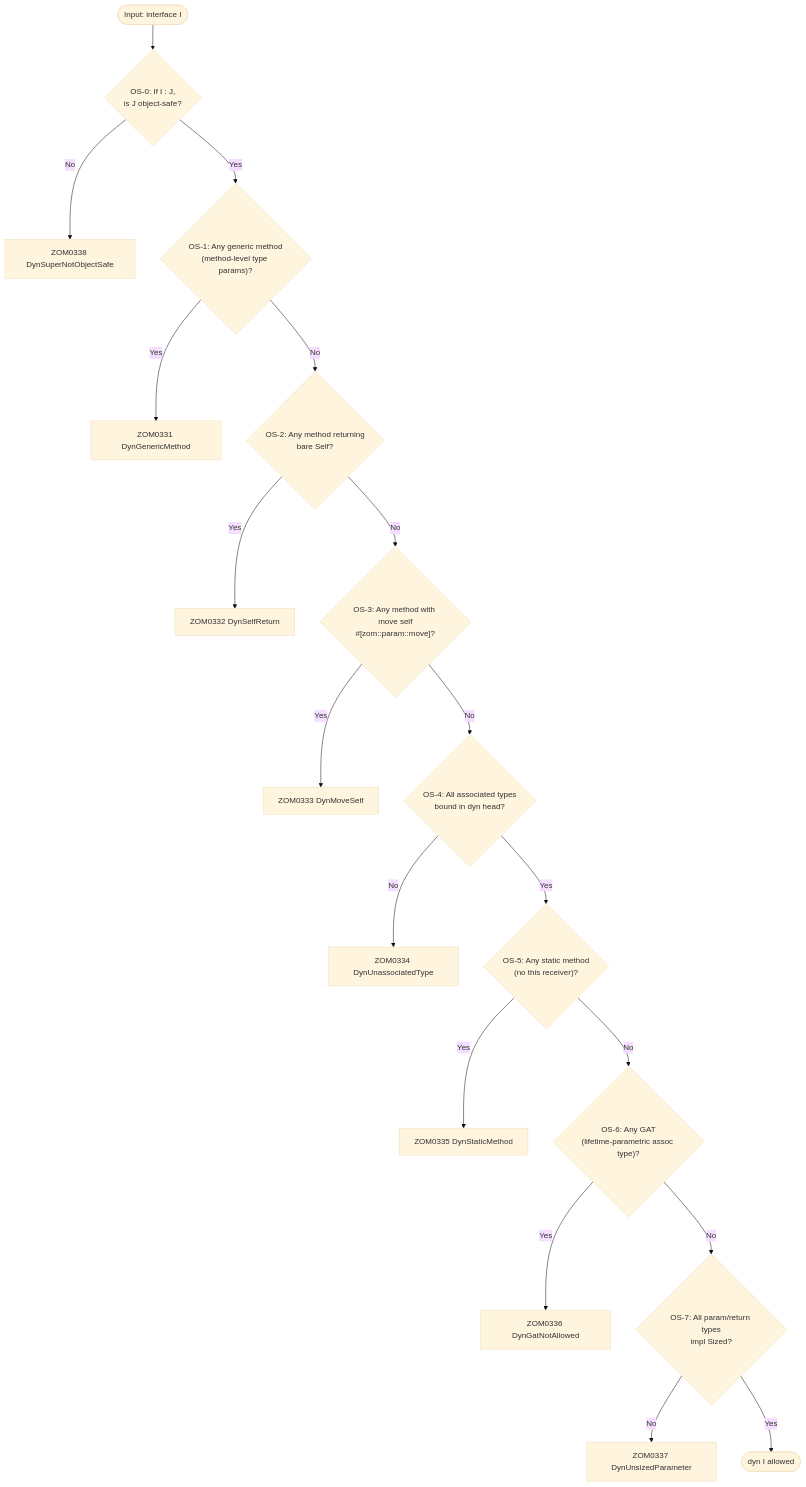
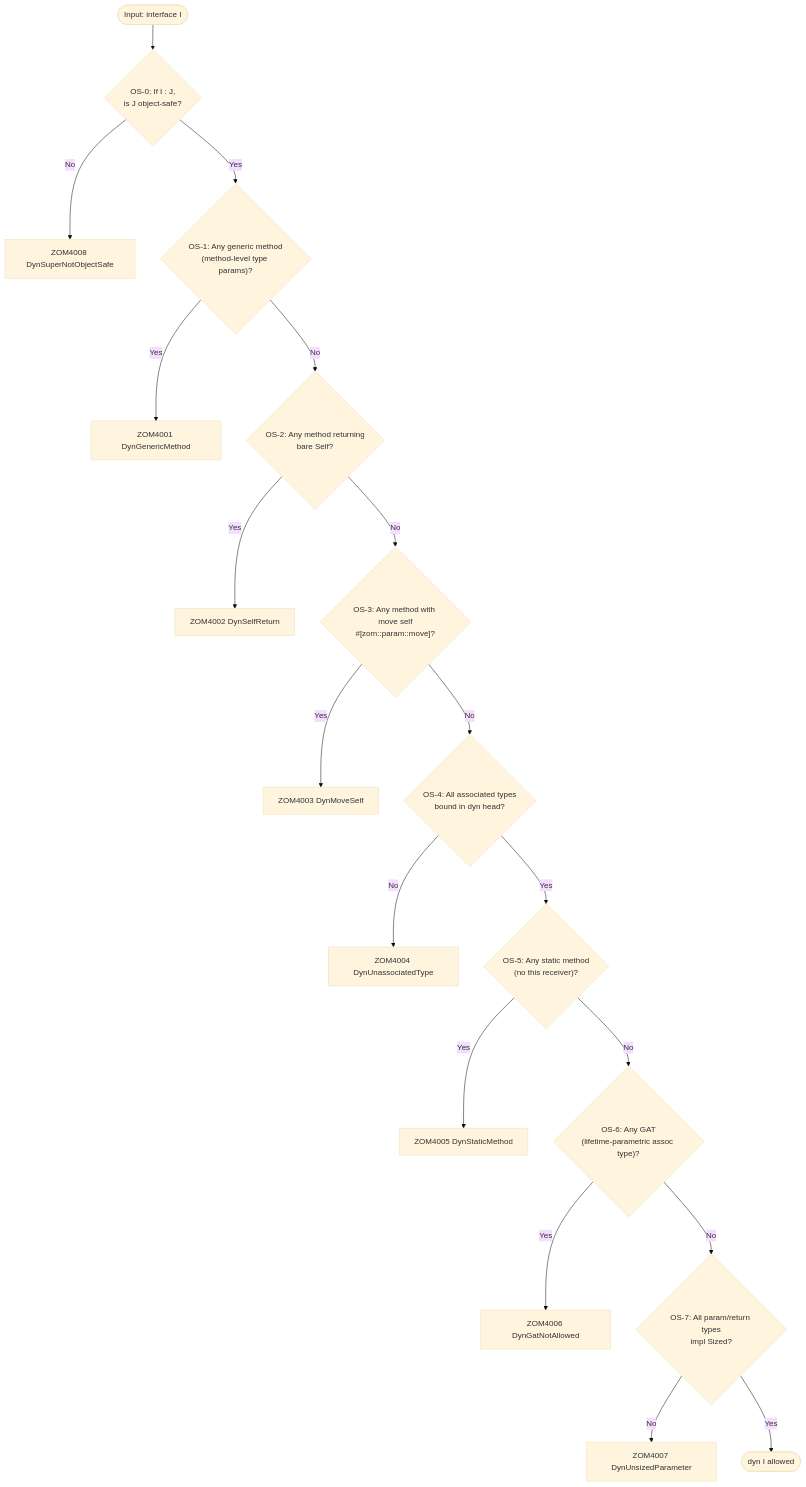
Before and after one commit to Zzzode/ZOM: the second of 2 diagrams in docs/spec/chapters/09-interfaces.md, drawn with Mermaid (base theme). The commit also changed other lines of this file and 2 other files, not shown here.

Commit message:
docs(spec): align type checker diagnostic references

````diff
--- a/docs/spec/chapters/09-interfaces.md
+++ b/docs/spec/chapters/09-interfaces.md
@@ -334,20 +334,20 @@
 ```mermaid
 flowchart TD
     Start([Input: interface I]) --> OS0{"OS-0: If I : J,<br/>is J object-safe?"}
-    OS0 -->|No| E0[ZOM0338 DynSuperNotObjectSafe]
+    OS0 -->|No| E0[ZOM4008 DynSuperNotObjectSafe]
     OS0 -->|Yes| OS1{"OS-1: Any generic method<br/>(method-level type params)?"}
-    OS1 -->|Yes| E1[ZOM0331 DynGenericMethod]
+    OS1 -->|Yes| E1[ZOM4001 DynGenericMethod]
     OS1 -->|No| OS2{"OS-2: Any method returning<br/>bare Self?"}
-    OS2 -->|Yes| E2[ZOM0332 DynSelfReturn]
+    OS2 -->|Yes| E2[ZOM4002 DynSelfReturn]
     OS2 -->|No| OS3{"OS-3: Any method with move self<br/>#[zom::param::move]?"}
-    OS3 -->|Yes| E3[ZOM0333 DynMoveSelf]
+    OS3 -->|Yes| E3[ZOM4003 DynMoveSelf]
     OS3 -->|No| OS4{"OS-4: All associated types<br/>bound in dyn head?"}
-    OS4 -->|No| E4[ZOM0334 DynUnassociatedType]
+    OS4 -->|No| E4[ZOM4004 DynUnassociatedType]
     OS4 -->|Yes| OS5{"OS-5: Any static method<br/>(no this receiver)?"}
-    OS5 -->|Yes| E5[ZOM0335 DynStaticMethod]
+    OS5 -->|Yes| E5[ZOM4005 DynStaticMethod]
     OS5 -->|No| OS6{"OS-6: Any GAT<br/>(lifetime-parametric assoc type)?"}
-    OS6 -->|Yes| E6[ZOM0336 DynGatNotAllowed]
+    OS6 -->|Yes| E6[ZOM4006 DynGatNotAllowed]
     OS6 -->|No| OS7{"OS-7: All param/return types<br/>impl Sized?"}
-    OS7 -->|No| E7[ZOM0337 DynUnsizedParameter]
+    OS7 -->|No| E7[ZOM4007 DynUnsizedParameter]
     OS7 -->|Yes| OK([dyn I allowed])
 ```
````
